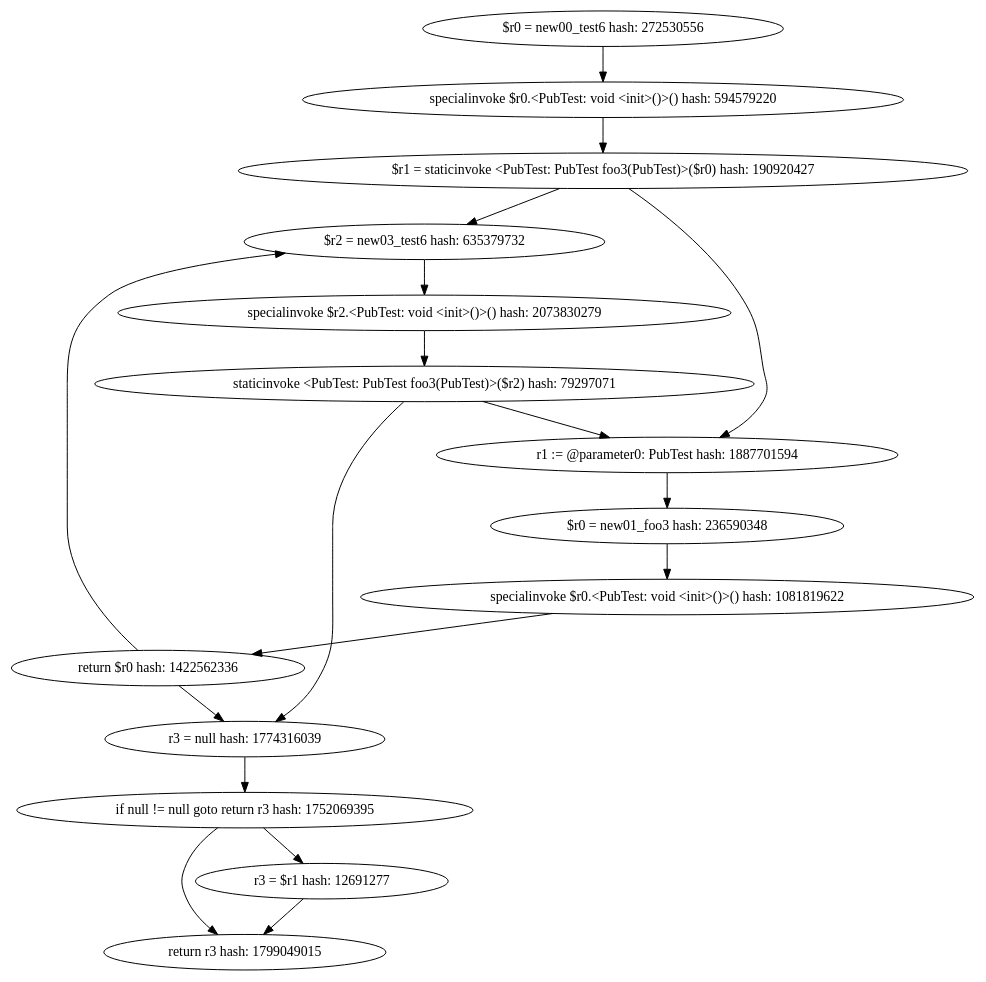
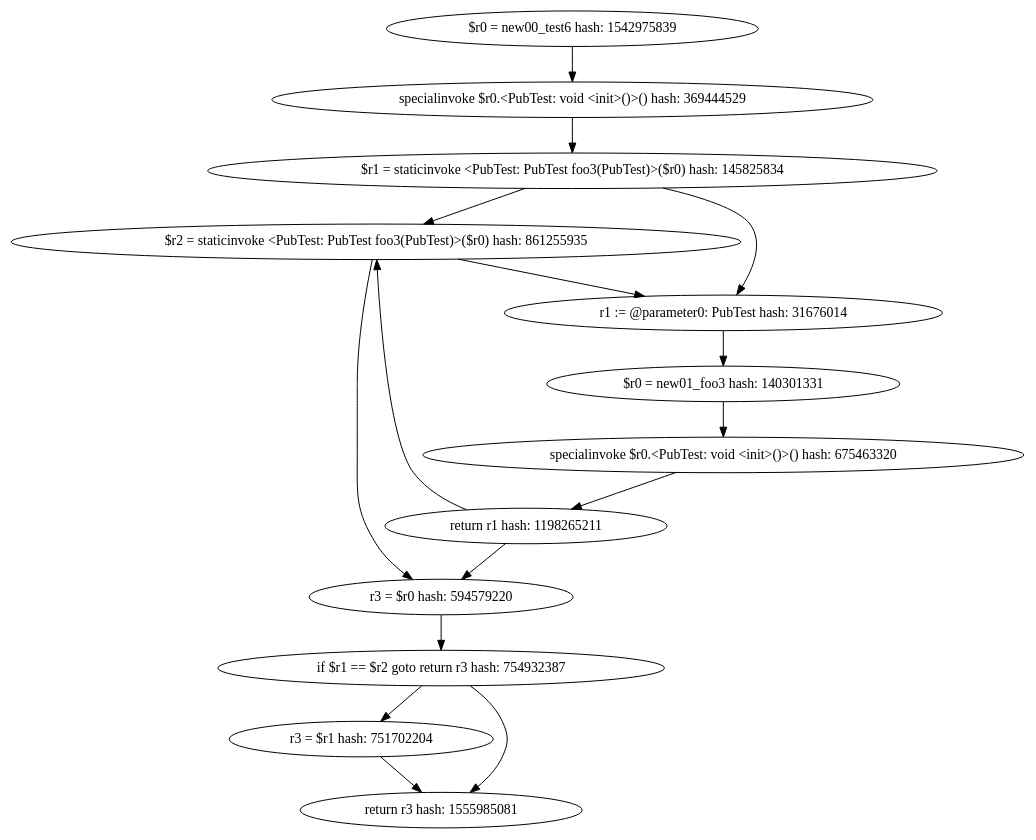
Before and after one commit to khushit-shah/PointsToAnalysisJava: the diagram in target1-pub/PubTest.test6.intra.debug.dot, drawn with Graphviz. The commit also changed 25 other files, not shown here.

```diff
--- a/target1-pub/PubTest.test6.intra.debug.dot
+++ b/target1-pub/PubTest.test6.intra.debug.dot
@@ -1,33 +1,29 @@
 digraph "./target1-pub/PubTest.test6.intra.debug" {
-    "$r0 = new00_test6 hash: 272530556";
-    "specialinvoke $r0.<PubTest: void <init>()>() hash: 594579220";
-    "$r1 = staticinvoke <PubTest: PubTest foo3(PubTest)>($r0) hash: 190920427";
-    "$r2 = new03_test6 hash: 635379732";
-    "specialinvoke $r2.<PubTest: void <init>()>() hash: 2073830279";
-    "staticinvoke <PubTest: PubTest foo3(PubTest)>($r2) hash: 79297071";
-    "r3 = null hash: 1774316039";
-    "if null != null goto return r3 hash: 1752069395";
-    "r3 = $r1 hash: 12691277";
-    "return r3 hash: 1799049015";
-    "r1 := @parameter0: PubTest hash: 1887701594";
-    "$r0 = new01_foo3 hash: 236590348";
-    "specialinvoke $r0.<PubTest: void <init>()>() hash: 1081819622";
-    "return $r0 hash: 1422562336";
-    "$r0 = new00_test6 hash: 272530556"->"specialinvoke $r0.<PubTest: void <init>()>() hash: 594579220";
-    "specialinvoke $r0.<PubTest: void <init>()>() hash: 594579220"->"$r1 = staticinvoke <PubTest: PubTest foo3(PubTest)>($r0) hash: 190920427";
-    "$r1 = staticinvoke <PubTest: PubTest foo3(PubTest)>($r0) hash: 190920427"->"$r2 = new03_test6 hash: 635379732";
-    "$r1 = staticinvoke <PubTest: PubTest foo3(PubTest)>($r0) hash: 190920427"->"r1 := @parameter0: PubTest hash: 1887701594";
-    "$r2 = new03_test6 hash: 635379732"->"specialinvoke $r2.<PubTest: void <init>()>() hash: 2073830279";
-    "specialinvoke $r2.<PubTest: void <init>()>() hash: 2073830279"->"staticinvoke <PubTest: PubTest foo3(PubTest)>($r2) hash: 79297071";
-    "staticinvoke <PubTest: PubTest foo3(PubTest)>($r2) hash: 79297071"->"r3 = null hash: 1774316039";
-    "staticinvoke <PubTest: PubTest foo3(PubTest)>($r2) hash: 79297071"->"r1 := @parameter0: PubTest hash: 1887701594";
-    "r3 = null hash: 1774316039"->"if null != null goto return r3 hash: 1752069395";
-    "if null != null goto return r3 hash: 1752069395"->"r3 = $r1 hash: 12691277";
-    "if null != null goto return r3 hash: 1752069395"->"return r3 hash: 1799049015";
-    "r3 = $r1 hash: 12691277"->"return r3 hash: 1799049015";
-    "r1 := @parameter0: PubTest hash: 1887701594"->"$r0 = new01_foo3 hash: 236590348";
-    "$r0 = new01_foo3 hash: 236590348"->"specialinvoke $r0.<PubTest: void <init>()>() hash: 1081819622";
-    "specialinvoke $r0.<PubTest: void <init>()>() hash: 1081819622"->"return $r0 hash: 1422562336";
-    "return $r0 hash: 1422562336"->"$r2 = new03_test6 hash: 635379732";
-    "return $r0 hash: 1422562336"->"r3 = null hash: 1774316039";
+    "$r0 = new00_test6 hash: 1542975839";
+    "specialinvoke $r0.<PubTest: void <init>()>() hash: 369444529";
+    "$r1 = staticinvoke <PubTest: PubTest foo3(PubTest)>($r0) hash: 145825834";
+    "$r2 = staticinvoke <PubTest: PubTest foo3(PubTest)>($r0) hash: 861255935";
+    "r3 = $r0 hash: 594579220";
+    "if $r1 == $r2 goto return r3 hash: 754932387";
+    "r3 = $r1 hash: 751702204";
+    "return r3 hash: 1555985081";
+    "r1 := @parameter0: PubTest hash: 31676014";
+    "$r0 = new01_foo3 hash: 140301331";
+    "specialinvoke $r0.<PubTest: void <init>()>() hash: 675463320";
+    "return r1 hash: 1198265211";
+    "$r0 = new00_test6 hash: 1542975839"->"specialinvoke $r0.<PubTest: void <init>()>() hash: 369444529";
+    "specialinvoke $r0.<PubTest: void <init>()>() hash: 369444529"->"$r1 = staticinvoke <PubTest: PubTest foo3(PubTest)>($r0) hash: 145825834";
+    "$r1 = staticinvoke <PubTest: PubTest foo3(PubTest)>($r0) hash: 145825834"->"$r2 = staticinvoke <PubTest: PubTest foo3(PubTest)>($r0) hash: 861255935";
+    "$r1 = staticinvoke <PubTest: PubTest foo3(PubTest)>($r0) hash: 145825834"->"r1 := @parameter0: PubTest hash: 31676014";
+    "$r2 = staticinvoke <PubTest: PubTest foo3(PubTest)>($r0) hash: 861255935"->"r3 = $r0 hash: 594579220";
+    "$r2 = staticinvoke <PubTest: PubTest foo3(PubTest)>($r0) hash: 861255935"->"r1 := @parameter0: PubTest hash: 31676014";
+    "r3 = $r0 hash: 594579220"->"if $r1 == $r2 goto return r3 hash: 754932387";
+    "if $r1 == $r2 goto return r3 hash: 754932387"->"r3 = $r1 hash: 751702204";
+    "if $r1 == $r2 goto return r3 hash: 754932387"->"return r3 hash: 1555985081";
+    "r3 = $r1 hash: 751702204"->"return r3 hash: 1555985081";
+    "r1 := @parameter0: PubTest hash: 31676014"->"$r0 = new01_foo3 hash: 140301331";
+    "$r0 = new01_foo3 hash: 140301331"->"specialinvoke $r0.<PubTest: void <init>()>() hash: 675463320";
+    "specialinvoke $r0.<PubTest: void <init>()>() hash: 675463320"->"return r1 hash: 1198265211";
+    "return r1 hash: 1198265211"->"$r2 = staticinvoke <PubTest: PubTest foo3(PubTest)>($r0) hash: 861255935";
+    "return r1 hash: 1198265211"->"r3 = $r0 hash: 594579220";
 }
```
